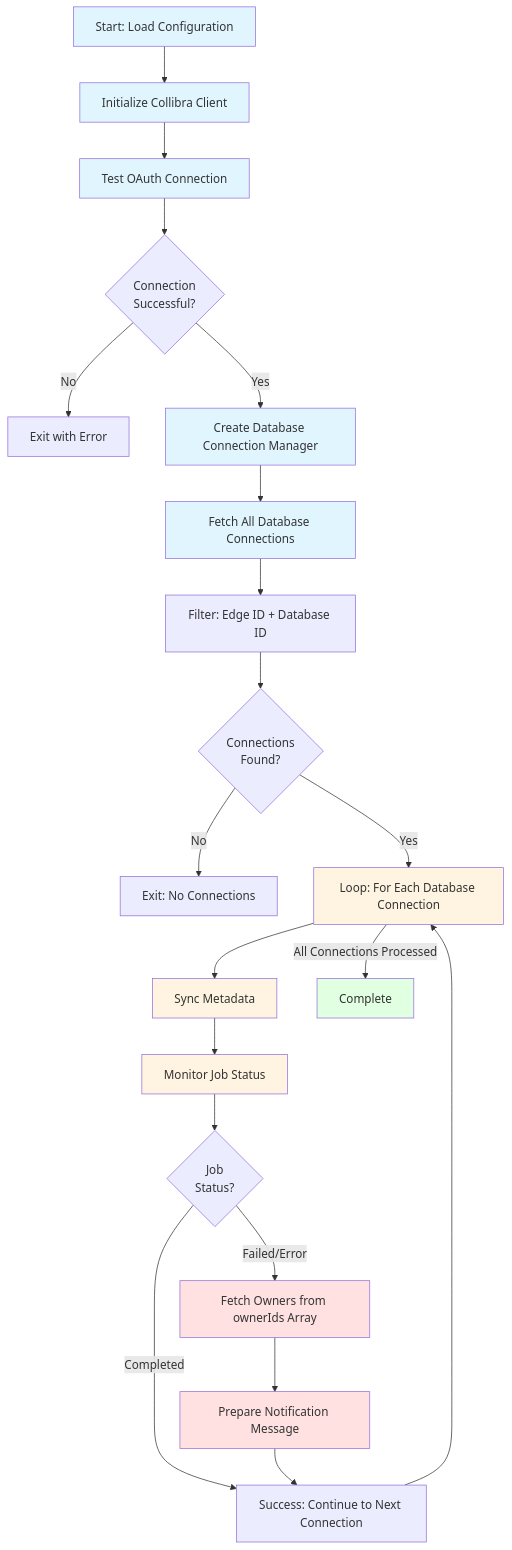
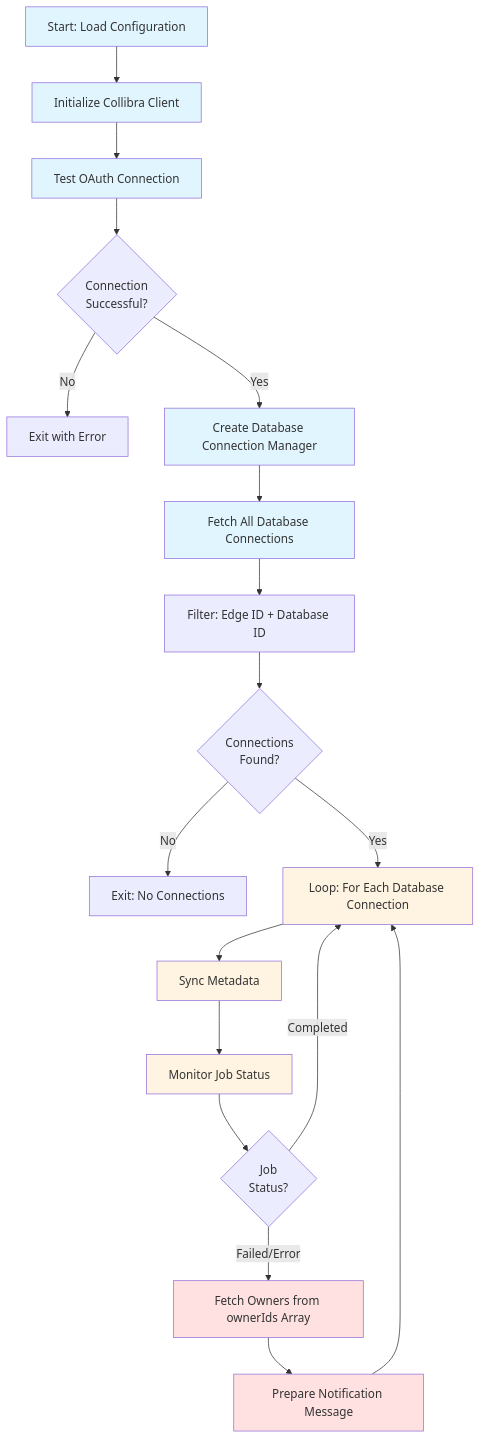
Before and after one commit to arnauudG/Collibra-Repository---Automations: the diagram in Test Connections - Database - Collibra/README.md, drawn with Mermaid.

````diff
--- a/Test Connections - Database - Collibra/README.md
+++ b/Test Connections - Database - Collibra/README.md
@@ -49,36 +49,32 @@
 ```mermaid
 flowchart TD
     A[Start: Load Configuration] --> B[Initialize Collibra Client]
     B --> C[Test OAuth Connection]
     C --> D{Connection<br/>Successful?}
     D -->|No| E[Exit with Error]
     D -->|Yes| F[Create Database Connection Manager]
     F --> G[Fetch All Database Connections]
     G --> H[Filter: Edge ID + Database ID]
     H --> I{Connections<br/>Found?}
     I -->|No| J[Exit: No Connections]
     I -->|Yes| K[Loop: For Each Database Connection]
     
     K --> L[Sync Metadata]
     L --> M[Monitor Job Status]
     M --> N{Job<br/>Status?}
-    N -->|Completed| O[Success: Continue to Next Connection]
+    N -->|Completed| K
     N -->|Failed/Error| P[Fetch Owners from ownerIds Array]
     P --> Q[Prepare Notification Message]
-    Q --> O
-    O --> K
-    
-    K -->|All Connections Processed| Z[Complete]
+    Q --> K
     
     style A fill:#e1f5ff
     style B fill:#e1f5ff
     style C fill:#e1f5ff
     style F fill:#e1f5ff
     style G fill:#e1f5ff
     style K fill:#fff4e1
     style L fill:#fff4e1
     style M fill:#fff4e1
     style P fill:#ffe1e1
     style Q fill:#ffe1e1
-    style Z fill:#e1ffe1
 ```
````
